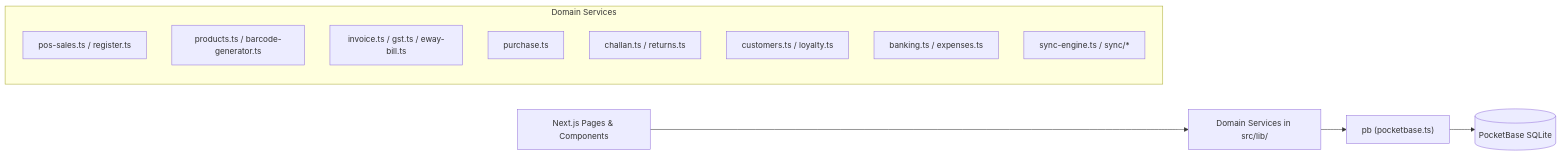
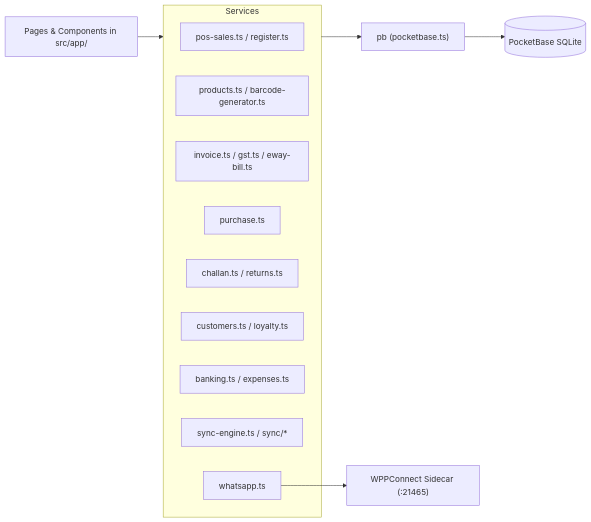
One commit to sivanandz/luminila_ERP changed the third of 4 diagrams in docs/ARCHITECTURE.md. Above: the diagram before and after it, drawn with Mermaid. The commit also changed other lines of this file and 86 other files, not shown here.

````diff
--- a/docs/ARCHITECTURE.md
+++ b/docs/ARCHITECTURE.md
@@ -238,18 +288,20 @@
 ```mermaid
 graph LR
-    UI[Next.js Pages & Components] --> LibServices[Domain Services in src/lib/]
+    UI[Pages & Components in src/app/] --> Services[Domain Services in src/lib/]
 
-    subgraph Domain Services
-        POSService[pos-sales.ts / register.ts]
-        InvService[products.ts / barcode-generator.ts]
-        GSTService[invoice.ts / gst.ts / eway-bill.ts]
-        ProcService[purchase.ts]
-        LogisticsService[challan.ts / returns.ts]
-        CRMService[customers.ts / loyalty.ts]
-        FinanceService[banking.ts / expenses.ts]
-        SyncService[sync-engine.ts / sync/*]
+    subgraph Services
+        POS[pos-sales.ts / register.ts]
+        Inv[products.ts / barcode-generator.ts]
+        Tax[invoice.ts / gst.ts / eway-bill.ts]
+        Proc[purchase.ts]
+        Logist[challan.ts / returns.ts]
+        CRM[customers.ts / loyalty.ts]
+        Fin[banking.ts / expenses.ts]
+        Sync[sync-engine.ts / sync/*]
+        WPPClient[whatsapp.ts]
     end
 
-    LibServices --> PocketBaseClient["pb (pocketbase.ts)"]
-    PocketBaseClient --> PBServer[(PocketBase SQLite)]
+    Services --> PBClient["pb (pocketbase.ts)"]
+    PBClient --> PBEngine[(PocketBase SQLite)]
+    WPPClient --> WPPServer["WPPConnect Sidecar (:21465)"]
 ```
````
